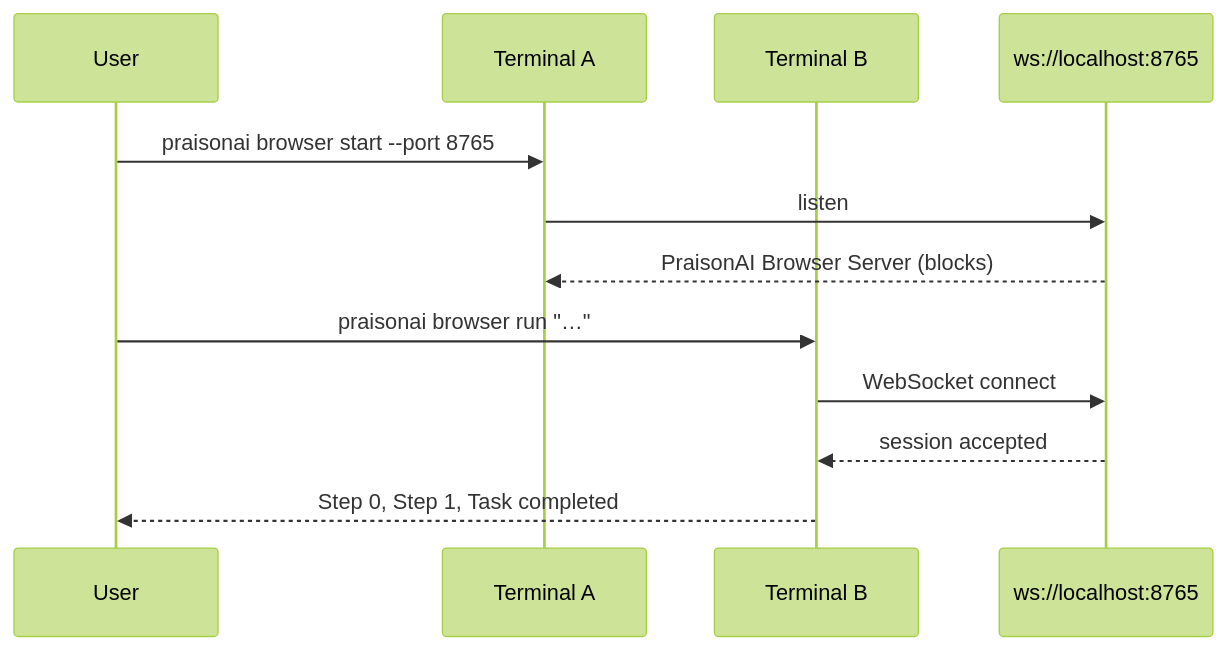
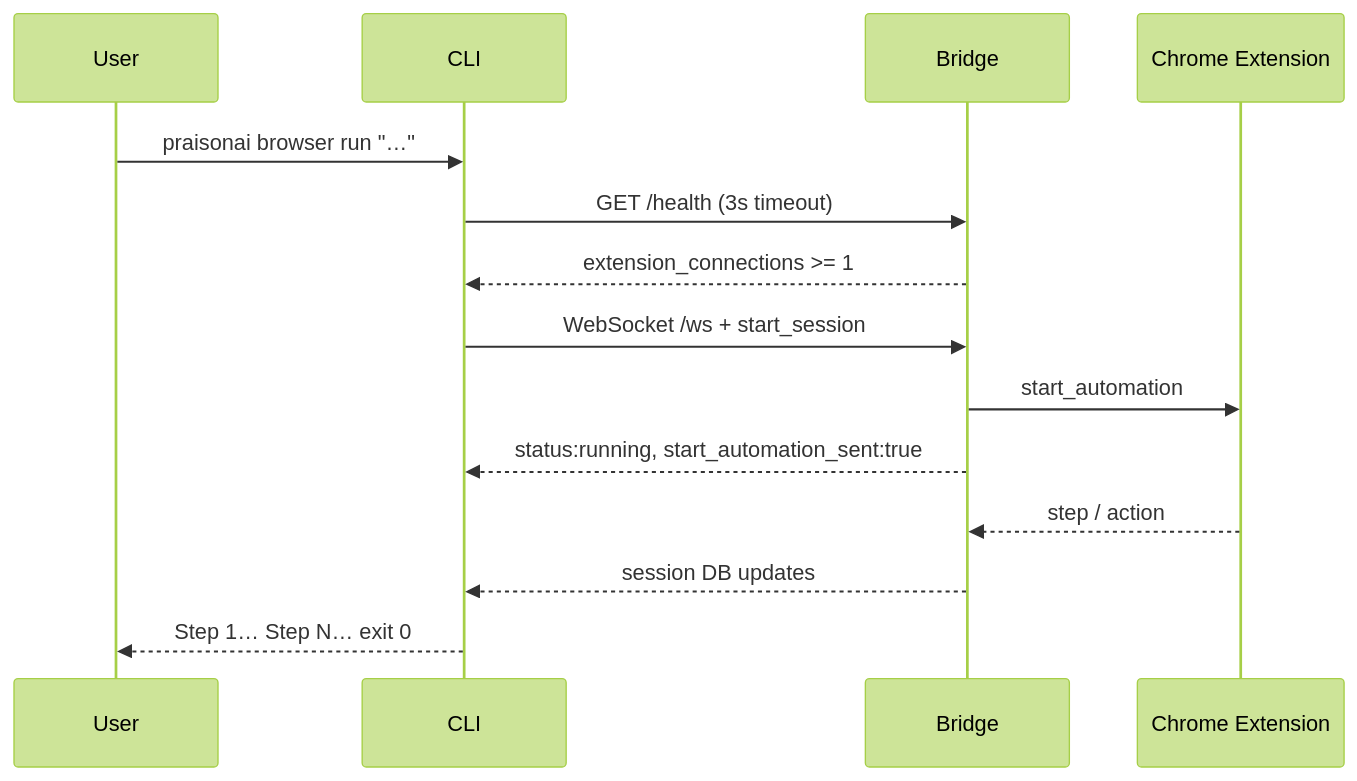
The second of 2 diagrams in docs/cli/browser.mdx (MervinPraison/PraisonAIDocs), drawn with Mermaid (forest theme) before and after one commit. The commit also changed other lines of this file and 3 other files, not shown here.

Commit message:
docs: update browser CLI run for pre-flight check, watchdog, and exit codes (fixes #2099)

````diff
--- a/docs/cli/browser.mdx
+++ b/docs/cli/browser.mdx
@@ -177,15 +156,16 @@
 ```mermaid
 sequenceDiagram
     participant User
-    participant TermA as Terminal A
-    participant TermB as Terminal B
-    participant Bridge as ws://localhost:8765
-
-    User->>TermA: praisonai browser start --port 8765
-    TermA->>Bridge: listen
-    Bridge-->>TermA: PraisonAI Browser Server (blocks)
-    User->>TermB: praisonai browser run "…"
-    TermB->>Bridge: WebSocket connect
-    Bridge-->>TermB: session accepted
-    TermB-->>User: Step 0, Step 1, Task completed
+    participant CLI
+    participant Bridge
+    participant Ext as Chrome Extension
+    User->>CLI: praisonai browser run "…"
+    CLI->>Bridge: GET /health (3s timeout)
+    Bridge-->>CLI: extension_connections >= 1
+    CLI->>Bridge: WebSocket /ws + start_session
+    Bridge->>Ext: start_automation
+    Bridge-->>CLI: status:running, start_automation_sent:true
+    Ext-->>Bridge: step / action
+    Bridge-->>CLI: session DB updates
+    CLI-->>User: Step 1… Step N… exit 0
 ```
````
